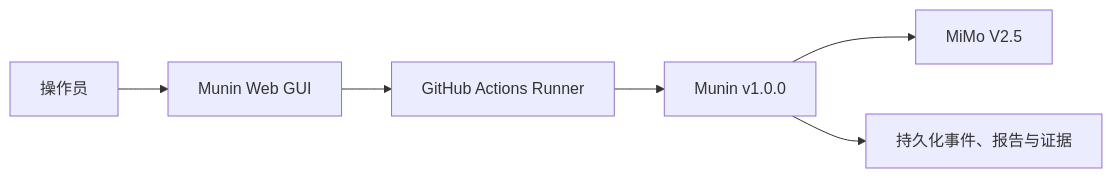
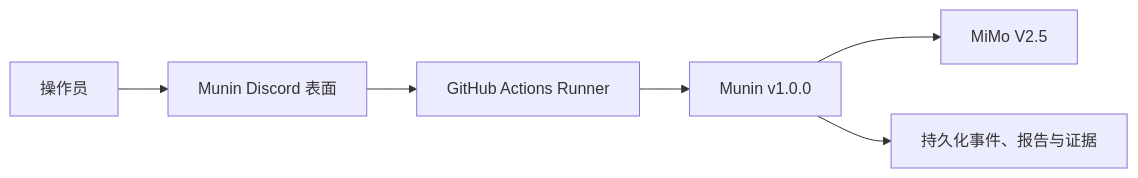
Before and after one commit to PrinceOfPwn/Munin: the first of 5 diagrams in README.zh-CN.md, drawn with Mermaid. The commit also changed other lines of this file and 13 other files, not shown here.

Commit message:
docs: Discord is the stable v1.0.0 operator surface while Web GUI is under repair

````diff
--- a/README.zh-CN.md
+++ b/README.zh-CN.md
@@ -46,8 +49,8 @@
 ```mermaid
 flowchart LR
-    Operator[操作员] --> GUI[Munin Web GUI]
-    GUI --> Actions[GitHub Actions Runner]
+    Operator[操作员] --> Discord[Munin Discord 表面]
+    Discord --> Actions[GitHub Actions Runner]
     Actions --> Runtime[Munin v1.0.0]
     Runtime --> Model[MiMo V2.5]
     Runtime --> Evidence[持久化事件、报告与证据]
 ```
````
